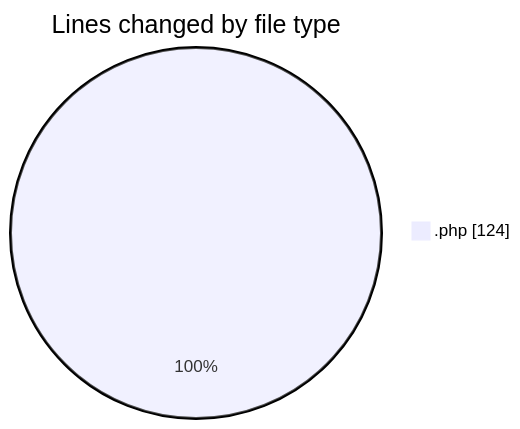
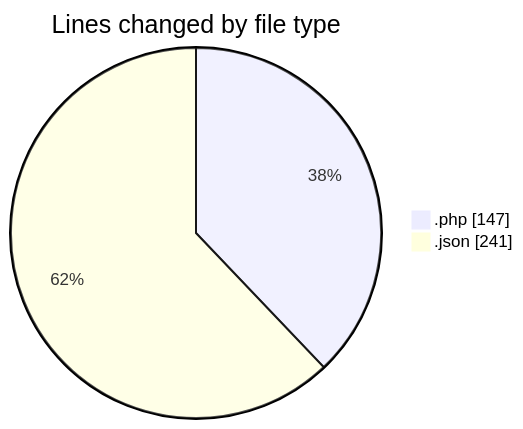
The first of 2 diagrams in 2025-03-29/autodidak/README.md (idhammustaqopulfikri/code-tracking), drawn with Mermaid before and after one commit. The commit also changed other lines of this file and 1 other file, not shown here.

````diff
--- a/2025-03-29/autodidak/README.md
+++ b/2025-03-29/autodidak/README.md
@@ -23,5 +25,6 @@
 ```mermaid
 pie showData
 title Lines changed by file type
-".php" : 124
+".php" : 147
+".json" : 241
 ```
````
